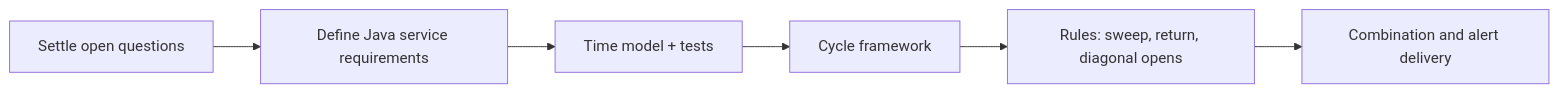
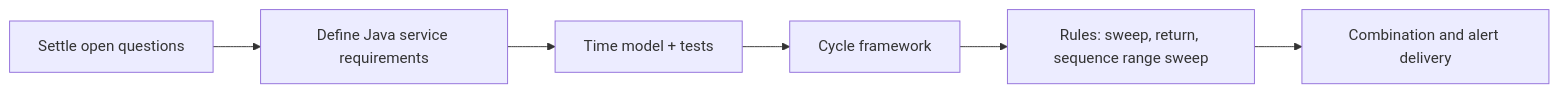
One commit to parvanescu/ict-backtest-engine changed the second of 2 diagrams in documents/implementation_strategy/05_alerts_and_open_questions.md. Above: the diagram before and after it, drawn with Mermaid. The commit also changed other lines of this file and 8 other files, not shown here.

````diff
--- a/documents/implementation_strategy/05_alerts_and_open_questions.md
+++ b/documents/implementation_strategy/05_alerts_and_open_questions.md
@@ -58,8 +57,8 @@
 ```mermaid
 flowchart LR
     A[Settle open questions] --> B[Define Java service requirements]
     B --> C[Time model + tests]
     C --> D[Cycle framework]
-    D --> E[Rules: sweep, return, diagonal opens]
+    D --> E[Rules: sweep, return, sequence range sweep]
     E --> F[Combination and alert delivery]
 ```
````
